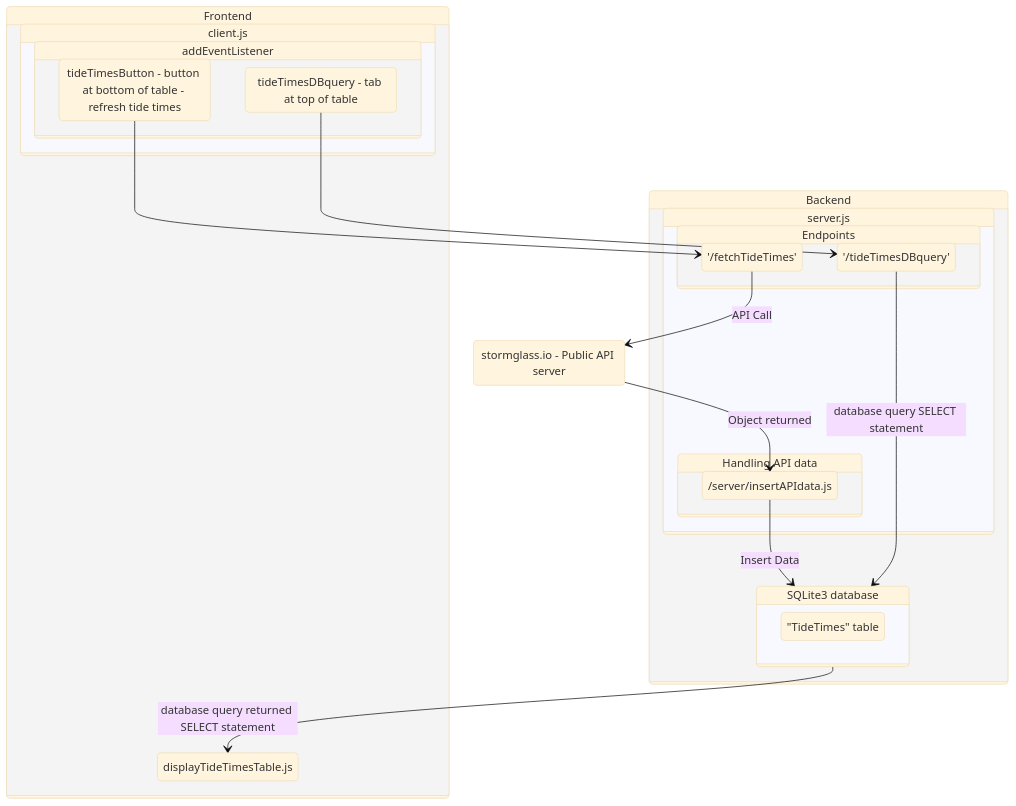
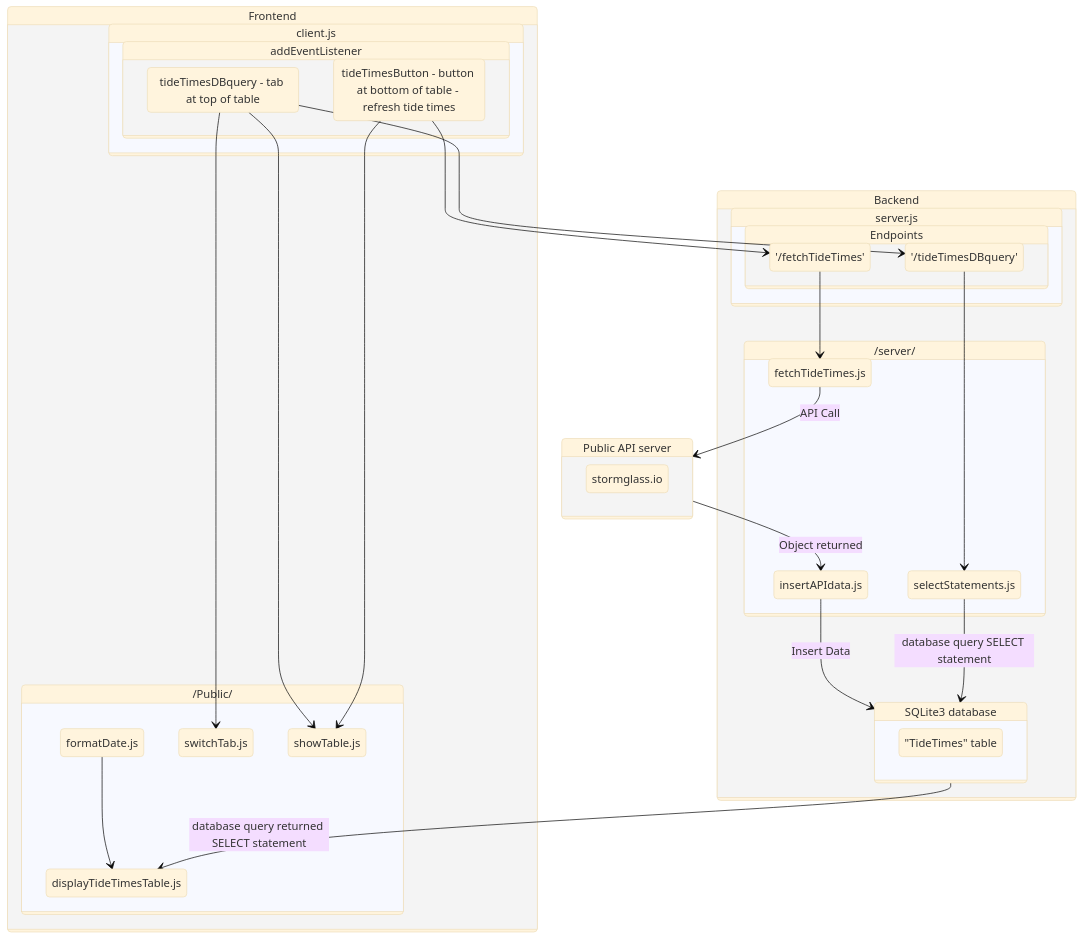
The diagram in README.md (sifr01/glitch-dreams-simple-node-sqlite-00), drawn with Mermaid (base theme) before and after one commit.

Commit message:
improve details

````diff
--- a/README.md
+++ b/README.md
@@ -5,55 +5,69 @@
 ```mermaid
 stateDiagram-v2
     %%[*] --> Frontend
     %%client.js --> Endpoints
 
     state Frontend {
         state client.js {
             state addEventListener {
             eventListenerA
             eventListenerB
             }
         }
-        displayTideTimesTable.js
-        
+        state /Public/ {
+            formatDate.js
+            displayTideTimesTable.js
+            switchTab.js
+            showTable.js
+        }
     }
     
     state Backend {
+        state /server/ {
+                insertAPIdata.js
+                selectStatements.js
+                fetchTideTimes.js
+            }
         state server.js {
-        state Handling_API_data {
-            /server/insertAPIdata.js
-        }
+            
         state Endpoints {
             '/fetchTideTimes'
             '/tideTimesDBquery'
             }
         }
         state SQLite_DB {
             Table
         }
     }
+
+    state Public_API {
+        stormglass.io
+    }
   
+    formatDate.js --> displayTideTimesTable.js
     eventListenerA --> '/tideTimesDBquery'
+    eventListenerA --> switchTab.js
     eventListenerB --> '/fetchTideTimes'
-    Public_API --> /server/insertAPIdata.js: Object returned
-    /server/insertAPIdata.js --> SQLite_DB: Insert Data
-    '/fetchTideTimes' --> Public_API: API Call
-    '/tideTimesDBquery' --> SQLite_DB: database query SELECT statement
+    eventListenerA --> showTable.js
+    eventListenerB --> showTable.js
+
+    insertAPIdata.js --> SQLite_DB: Insert Data
+    
+    '/fetchTideTimes' --> fetchTideTimes.js
+    fetchTideTimes.js --> Public_API: API Call
+    Public_API --> insertAPIdata.js: Object returned
+
+    '/tideTimesDBquery' --> selectStatements.js
+    selectStatements.js --> SQLite_DB: database query SELECT statement
+    
     SQLite_DB --> displayTideTimesTable.js: database query returned SELECT statement
 
     %% Aliases - allows for whitespace
-    Handling_API_data: Handling API data
+    %%Handling_API_data: Handling API data
     SQLite_DB: SQLite3 database
-    Public_API: stormglass.io - Public API server
+    Public_API: Public API server
     Table: "TideTimes" table
     eventListenerA: tideTimesDBquery - tab at top of table
     eventListenerB: tideTimesButton - button at bottom of table - refresh tide times
 
-    %% Define styles
-    %%classDef frontendStyle fill:#f9f,stroke:#333,stroke-width:2px;
-    %%classDef backendStyle fill:#bbf,stroke:#333,stroke-width:2px;
-
-    %% Apply styles to states
-    %%class Frontend frontendStyle;
-    %%class Backend backendStyle;
 ```
````
